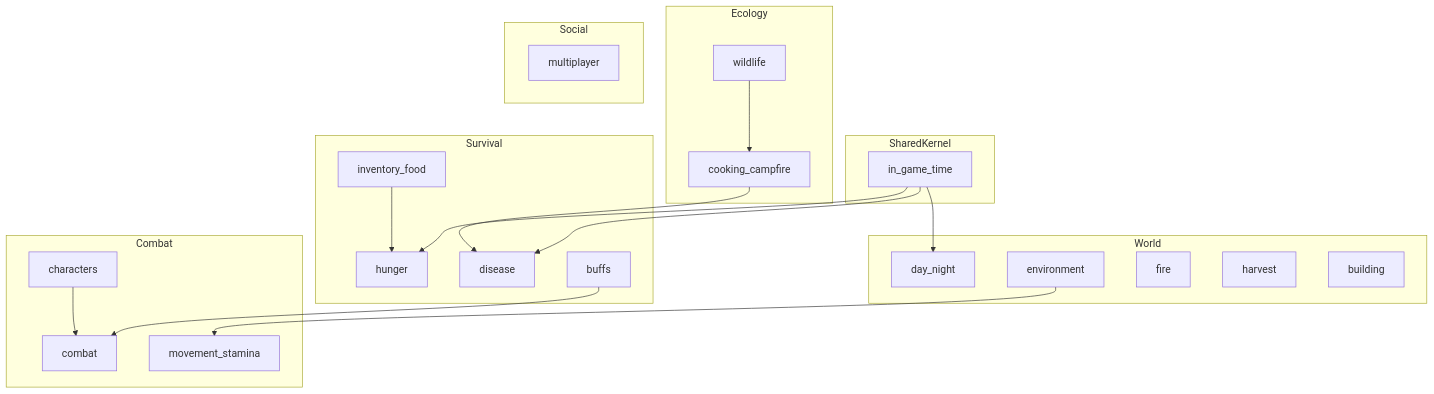
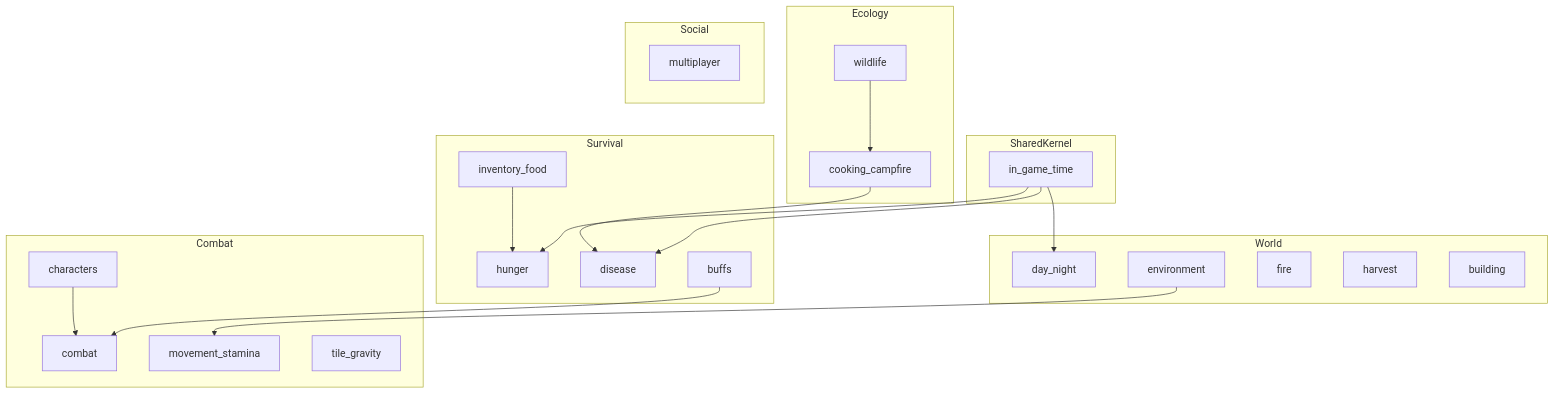
Before and after one commit to Jayrr-Dev/reigncraft: the diagram in gameplay/DOMAIN-MAP.md, drawn with Mermaid. The commit also changed other lines of this file and 338 other files, not shown here.

````diff
--- a/gameplay/DOMAIN-MAP.md
+++ b/gameplay/DOMAIN-MAP.md
@@ -12,46 +12,47 @@
 ```mermaid
 flowchart TB
   subgraph shared [SharedKernel]
     Time[in_game_time]
   end
 
   subgraph survival [Survival]
     Hunger[hunger]
     Disease[disease]
     Food[inventory_food]
     Buffs[buffs]
   end
 
   subgraph combat_domain [Combat]
     Combat[combat]
     Movement[movement_stamina]
+    TileGravity[tile_gravity]
     Characters[characters]
   end
 
   subgraph ecology [Ecology]
     Wildlife[wildlife]
     Cooking[cooking_campfire]
   end
 
   subgraph world [World]
     DayNight[day_night]
     Environment[environment]
     Fire[fire]
     Harvest[harvest]
     Building[building]
   end
 
   subgraph social [Social]
     Multiplayer[multiplayer]
   end
 
   Time --> Disease
   Time --> DayNight
   Time --> Hunger
   Wildlife --> Cooking
   Cooking --> Disease
   Food --> Hunger
   Buffs --> Combat
   Environment --> Movement
   Characters --> Combat
 ```
````
